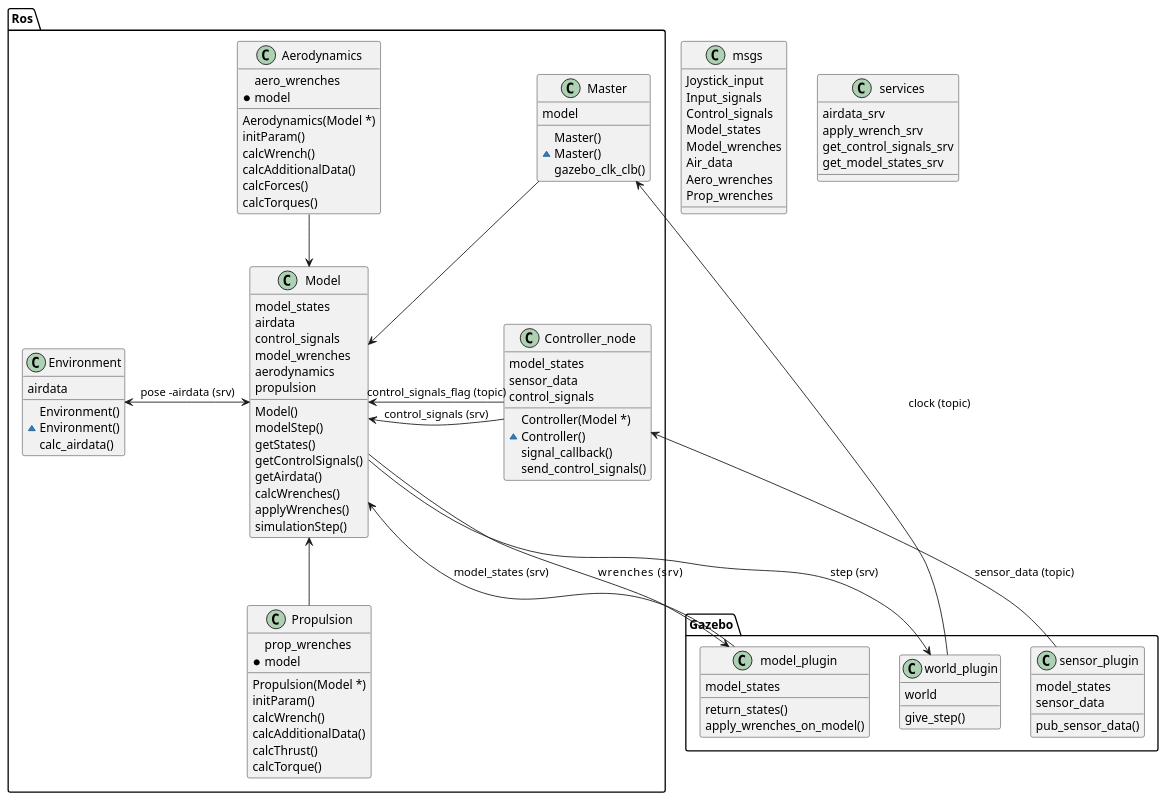
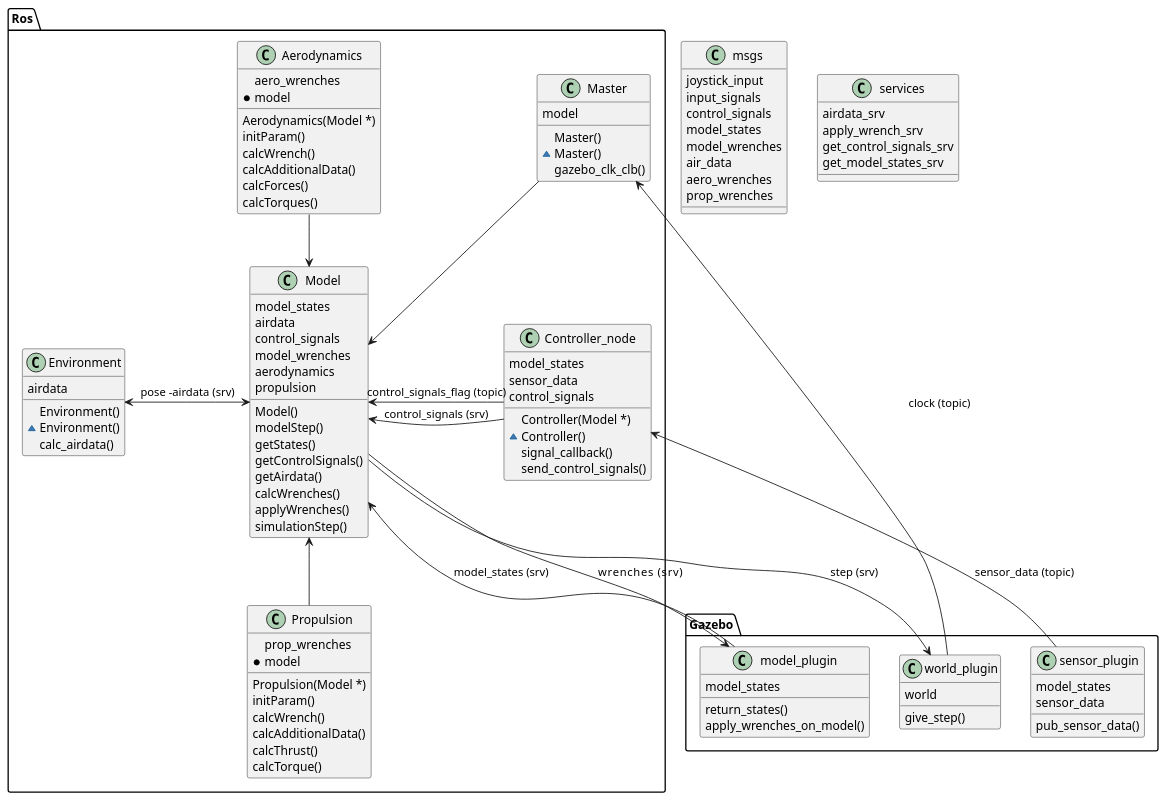
The diagram in uml/last_letter_2_graph.wsd (MiliStefanos/last_letter_2), drawn with PlantUML before and after one commit. The commit also changed 23 other files, not shown here.

```diff
--- a/uml/last_letter_2_graph.wsd
+++ b/uml/last_letter_2_graph.wsd
@@ -1,128 +1,128 @@
 @startuml
 
 class msgs{
-        Joystick_input
-        Input_signals
-        Control_signals
-        Model_states
-        Model_wrenches
-        Air_data
-        Aero_wrenches
-        Prop_wrenches
+        joystick_input
+        input_signals
+        control_signals
+        model_states
+        model_wrenches
+        air_data
+        aero_wrenches
+        prop_wrenches
 }
 
 class services{
     airdata_srv
     apply_wrench_srv
     get_control_signals_srv
     get_model_states_srv
 }
     
 namespace Ros{
 
     
     class Master{
         model
         Master()
         ~Master()
         gazebo_clk_clb()
     }
 
     class Model{
         model_states
         airdata
         control_signals
         model_wrenches
         aerodynamics
         propulsion
         Model()
         ' ~Model()
         modelStep()
         getStates()
         getControlSignals()
         getAirdata()
         calcWrenches()
         applyWrenches()
         simulationStep()
     }
 
     class Aerodynamics{
         aero_wrenches
         *model
         Aerodynamics(Model *)
         ' ~Aerodynamics()
         initParam()
         calcWrench()
         calcAdditionalData()
         calcForces()
         calcTorques()
     }
 
     class Propulsion{
         prop_wrenches
         *model
         Propulsion(Model *)
         ' ~Propulsion()
         initParam()
         calcWrench()
         calcAdditionalData()
         calcThrust()
         calcTorque()
     }
 
     class Environment{
         airdata
         Environment()
         ~Environment()
         calc_airdata()
     }
     class Controller_node{
         model_states
         sensor_data
         control_signals
         Controller(Model *)
         ~Controller()
         signal_callback()
         send_control_signals()
     }
 }
 
 
 
 namespace Gazebo{
     class world_plugin{
         world
         ' camera_view()
         give_step()
     }
     
     class model_plugin{
         model_states
         return_states()
         apply_wrenches_on_model()
     }
 
     class sensor_plugin{
         model_states
         sensor_data
         pub_sensor_data()
     }
 }
 
 
 Ros.Master --> Ros.Model
 Ros.Controller_node -> Ros.Model : control_signals_flag (topic)
 Ros.Model <-- Ros.Propulsion
 Ros.Environment <-> Ros.Model : pose -airdata (srv)
 Ros.Aerodynamics --> Ros.Model
 Ros.Model --> Gazebo.model_plugin : wrenches    (srv)
 Ros.Model <-- Gazebo.model_plugin : model_states (srv)
 Ros.Controller_node <-- Gazebo.sensor_plugin :sensor_data (topic)
 Ros.Model -> Gazebo.world_plugin : step (srv)
 Ros.Model <-- Ros.Controller_node : control_signals (srv)
 Ros.Master <- Gazebo.world_plugin : clock (topic)
 
 ' Gazebo.model_plugin - Gazebo.sensor_plugin
 ' Gazebo.world_plugin - Gazebo.model_plugin
 
 @enduml
```
